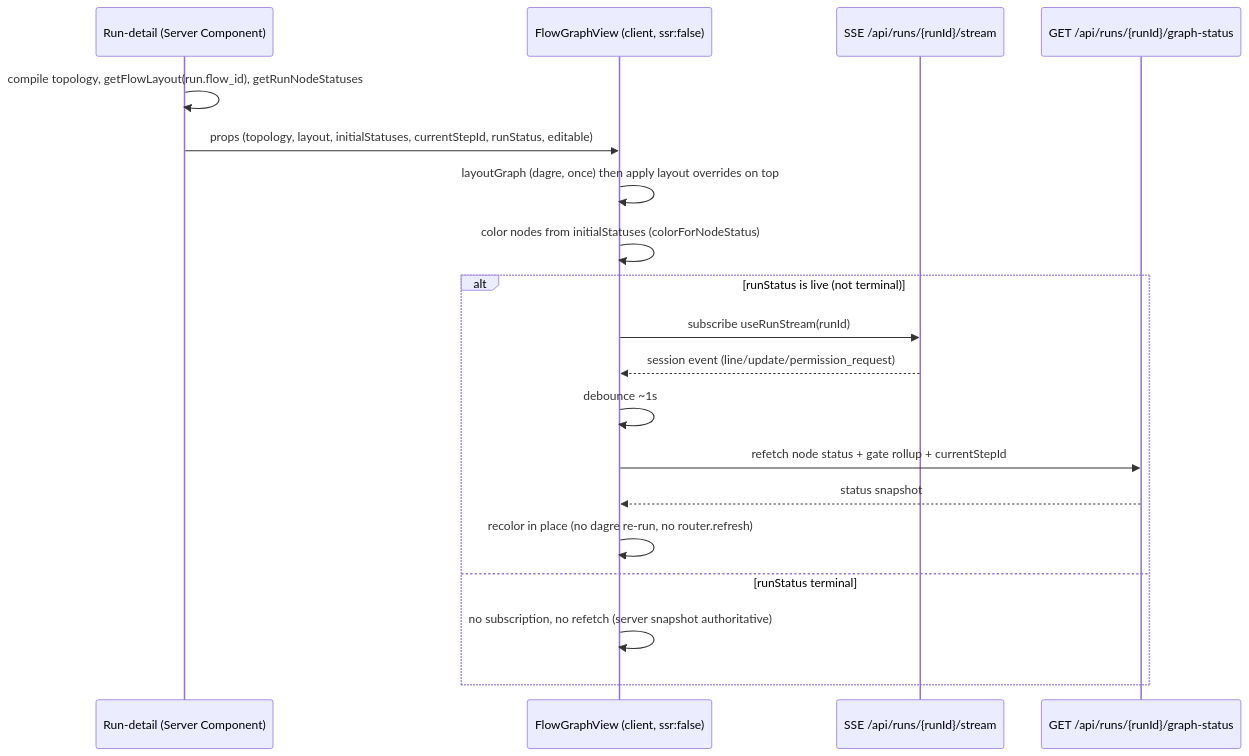
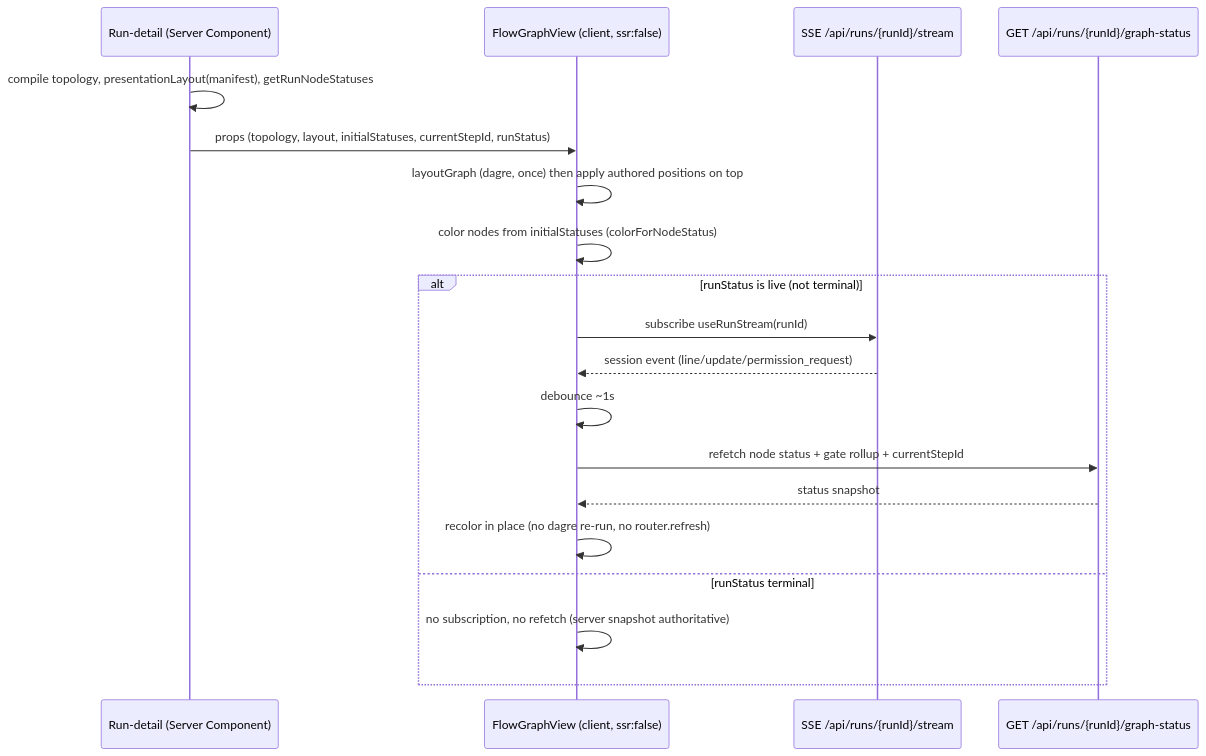
One commit to maister-dev/maister changed the second of 5 diagrams in docs/system-analytics/workbench.md. Above: the diagram before and after it, drawn with Mermaid. The commit also changed other lines of this file and 31 other files, not shown here.

First line of the commit message:
feat(m22): authored flow-graph layout in flow.yaml presentation section (ADR-062)

````diff
--- a/docs/system-analytics/workbench.md
+++ b/docs/system-analytics/workbench.md
@@ -82,22 +89,22 @@
 ```mermaid
 sequenceDiagram
     participant P as Run-detail (Server Component)
     participant C as FlowGraphView (client, ssr:false)
     participant S as SSE /api/runs/{runId}/stream
     participant ST as GET /api/runs/{runId}/graph-status
 
-    P->>P: compile topology, getFlowLayout(run.flow_id), getRunNodeStatuses
-    P->>C: props (topology, layout, initialStatuses, currentStepId, runStatus, editable)
-    C->>C: layoutGraph (dagre, once) then apply layout overrides on top
+    P->>P: compile topology, presentationLayout(manifest), getRunNodeStatuses
+    P->>C: props (topology, layout, initialStatuses, currentStepId, runStatus)
+    C->>C: layoutGraph (dagre, once) then apply authored positions on top
     C->>C: color nodes from initialStatuses (colorForNodeStatus)
     alt runStatus is live (not terminal)
         C->>S: subscribe useRunStream(runId)
         S-->>C: session event (line/update/permission_request)
         C->>C: debounce ~1s
         C->>ST: refetch node status + gate rollup + currentStepId
         ST-->>C: status snapshot
         C->>C: recolor in place (no dagre re-run, no router.refresh)
     else runStatus terminal
         C->>C: no subscription, no refetch (server snapshot authoritative)
     end
 ```
````
